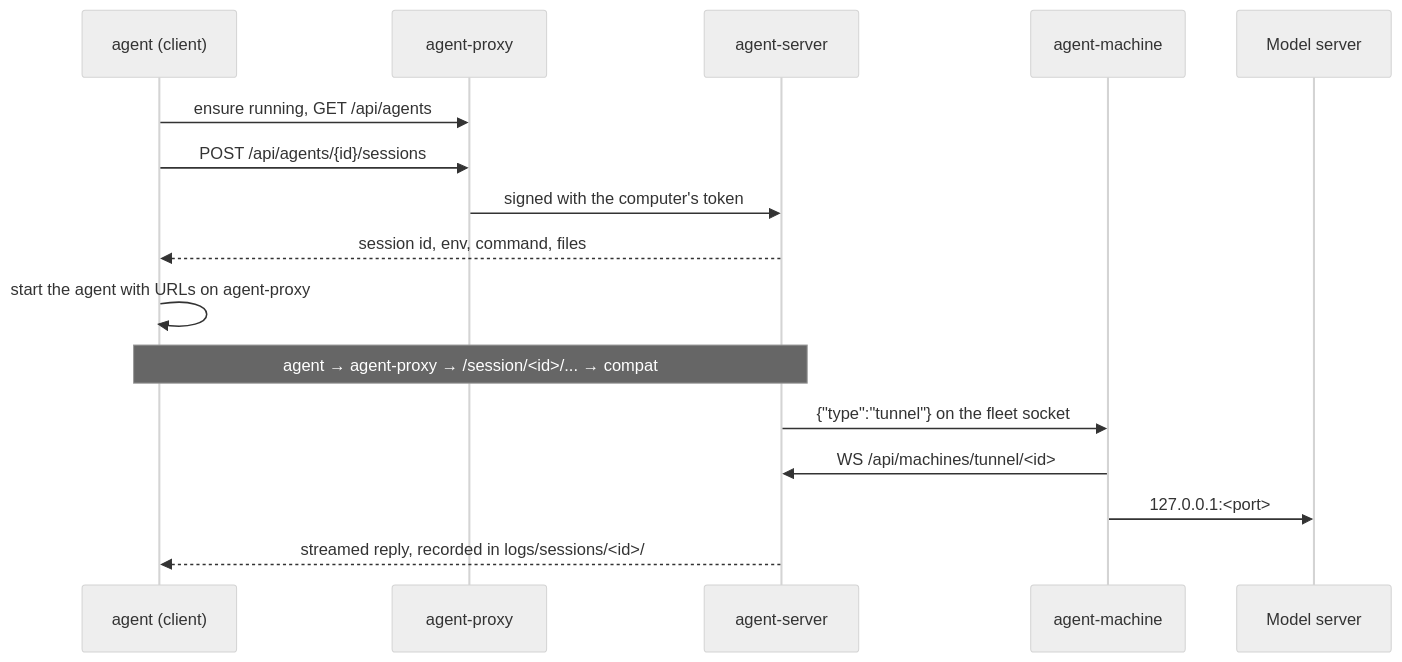
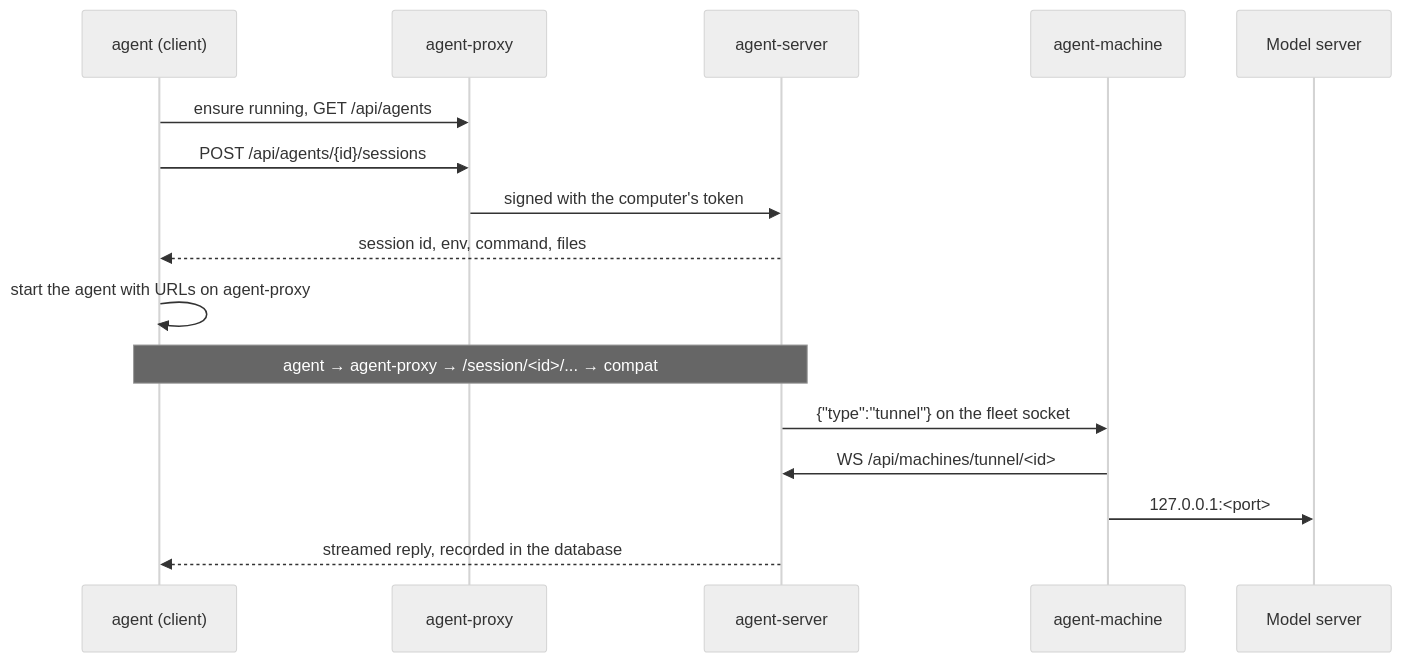
The second of 2 diagrams in .context/overview.md (joeyenfield/ai-coding-agent-proxy), drawn with Mermaid (neutral theme) before and after one commit. The commit also changed other lines of this file and 106 other files, not shown here.

````diff
--- a/.context/overview.md
+++ b/.context/overview.md
@@ -57,18 +57,18 @@
 ```mermaid
 sequenceDiagram
   participant L as agent (client)
   participant P as agent-proxy
   participant S as agent-server
   participant M as agent-machine
   participant O as Model server
   L->>P: ensure running, GET /api/agents
   L->>P: POST /api/agents/{id}/sessions
   P->>S: signed with the computer's token
   S-->>L: session id, env, command, files
   L->>L: start the agent with URLs on agent-proxy
   Note over L,S: agent → agent-proxy → /session/<id>/... → compat
   S->>M: {"type":"tunnel"} on the fleet socket
   M->>S: WS /api/machines/tunnel/<id>
   M->>O: 127.0.0.1:<port>
-  S-->>L: streamed reply, recorded in logs/sessions/<id>/
+  S-->>L: streamed reply, recorded in the database
 ```
````
